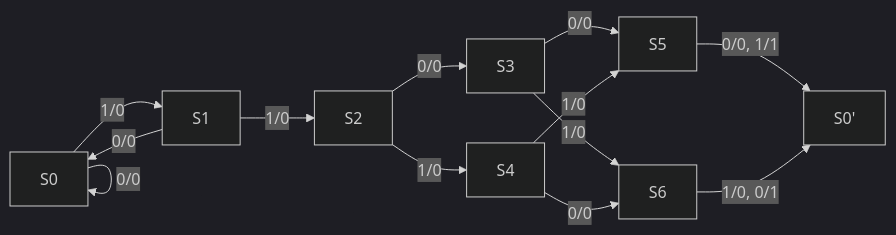
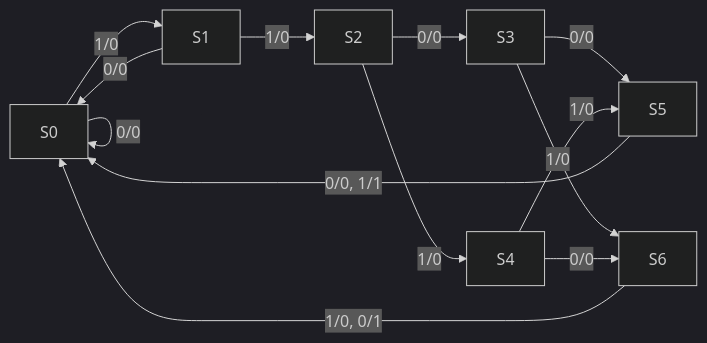
The diagram in docs/tokyo-university/IST/cs/2021/cs_202008_senmon_3.md (Myyura/the_kai_project), drawn with Mermaid (dark theme) before and after one commit. The commit also changed other lines of this file and 1198 other files, not shown here.

````diff
--- a/docs/tokyo-university/IST/cs/2021/cs_202008_senmon_3.md
+++ b/docs/tokyo-university/IST/cs/2021/cs_202008_senmon_3.md
@@ -60,15 +60,15 @@
 ```mermaid
 graph LR
     S0 -->|0/0| S0
     S0 -->|1/0| S1
     S1 -->|0/0| S0
     S1 -->|1/0| S2
     S2 -->|0/0| S3
     S3 -->|0/0| S5
     S2 -->|1/0| S4
     S3 -->|1/0| S6
     S4 -->|0/0| S6
     S4 -->|1/0| S5
-    S5 -->|0/0, 1/1| S0' 
-    S6 -->|1/0, 0/1| S0'
+    S5 -->|0/0, 1/1| S0
+    S6 -->|1/0, 0/1| S0
 ```
````
